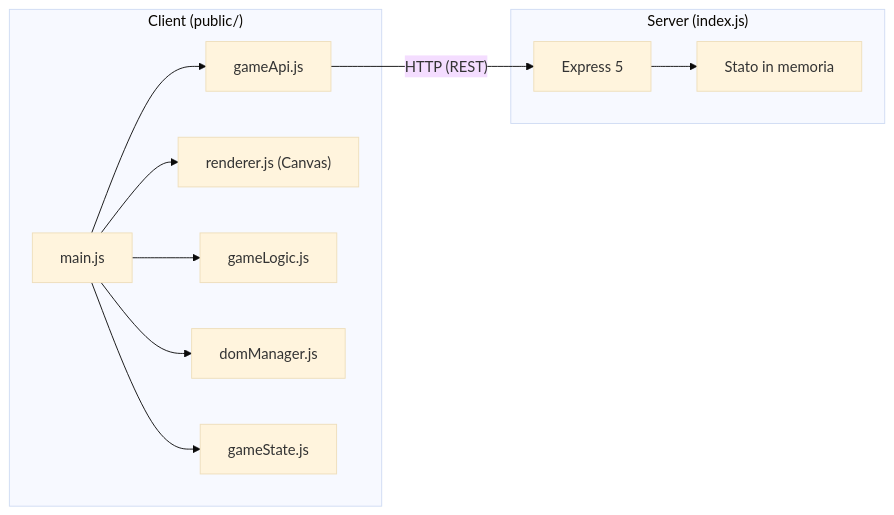
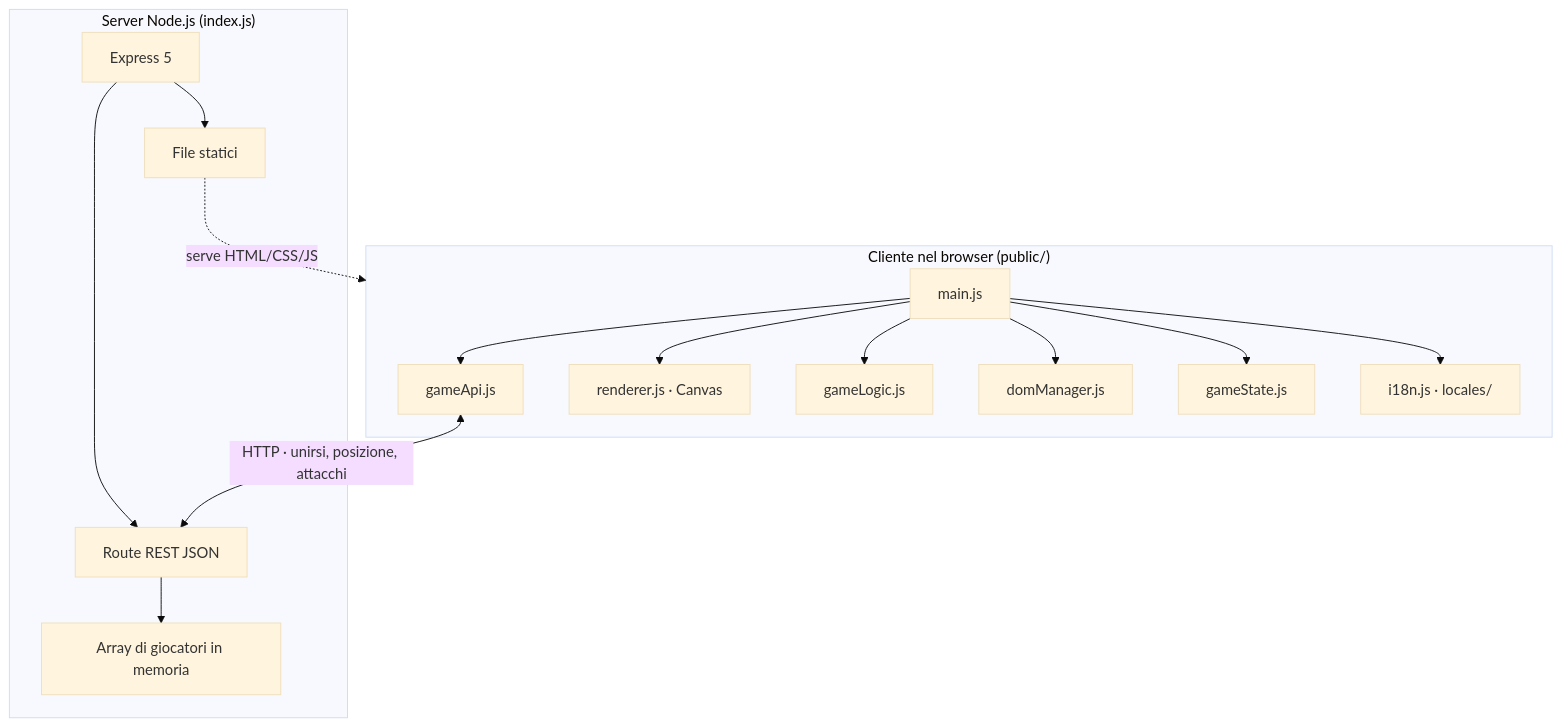
One commit to gonzalopozo/Nbamon changed the third of 3 diagrams in README.md. Above: the diagram before and after it, drawn with Mermaid (base theme). The commit also changed other lines of this file, not shown here.

Commit message:
docs: mermaid diagrams improved in README.md

````diff
--- a/README.md
+++ b/README.md
@@ -574,16 +598,31 @@
 ```mermaid
-flowchart LR
-    subgraph Client["Client (public/)"]
-        Main["main.js"] --> API["gameApi.js"]
-        Main --> Renderer["renderer.js (Canvas)"]
-        Main --> GameLogic["gameLogic.js"]
-        Main --> DOM["domManager.js"]
-        Main --> State["gameState.js"]
+flowchart TB
+    subgraph cliente["Cliente nel browser (public/)"]
+        main["main.js"]
+        api["gameApi.js"]
+        ren["renderer.js · Canvas"]
+        gl["gameLogic.js"]
+        dm["domManager.js"]
+        st["gameState.js"]
+        i18n["i18n.js · locales/"]
+        main --> api
+        main --> ren
+        main --> gl
+        main --> dm
+        main --> st
+        main --> i18n
     end
 
-    subgraph Server["Server (index.js)"]
-        Express["Express 5"] --> Players["Stato in memoria"]
+    subgraph server["Server Node.js (index.js)"]
+        exp["Express 5"]
+        rest["Route REST JSON"]
+        stat["File statici"]
+        mem["Array di giocatori in memoria"]
+        exp --> rest
+        exp --> stat
+        rest --> mem
     end
 
-    API -- "HTTP (REST)" --> Express
+    stat -.->|serve HTML/CSS/JS| cliente
+    api <-->|"HTTP · unirsi, posizione, attacchi"| rest
 ```
````
